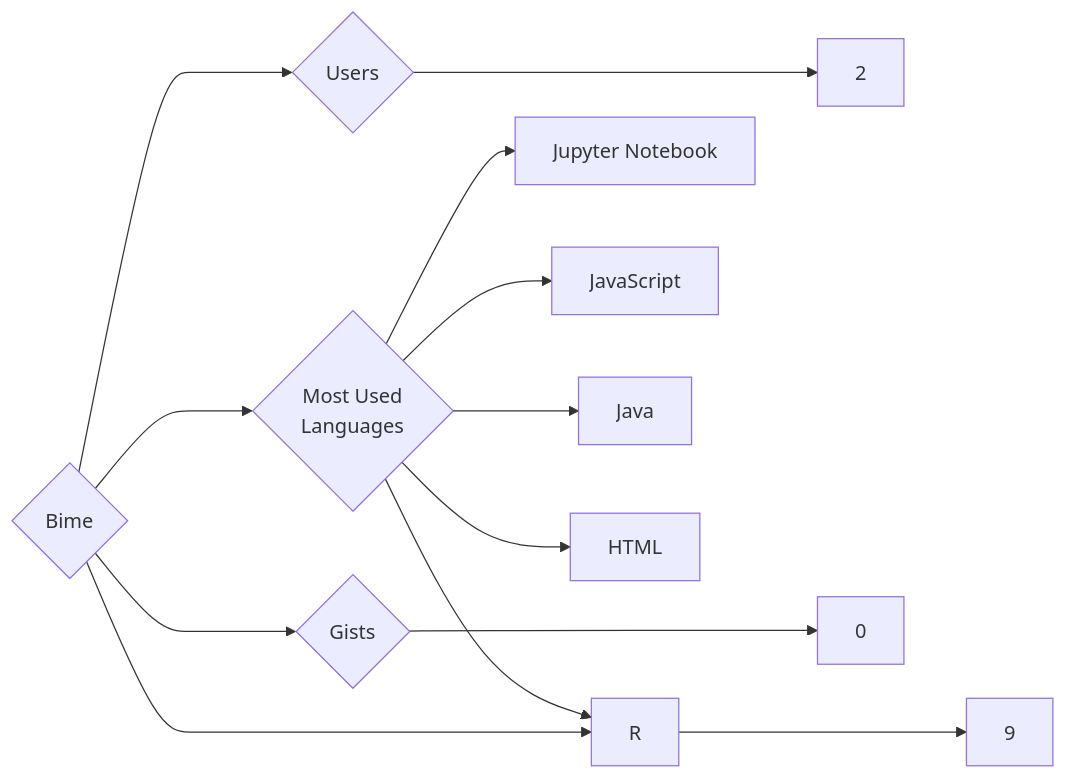
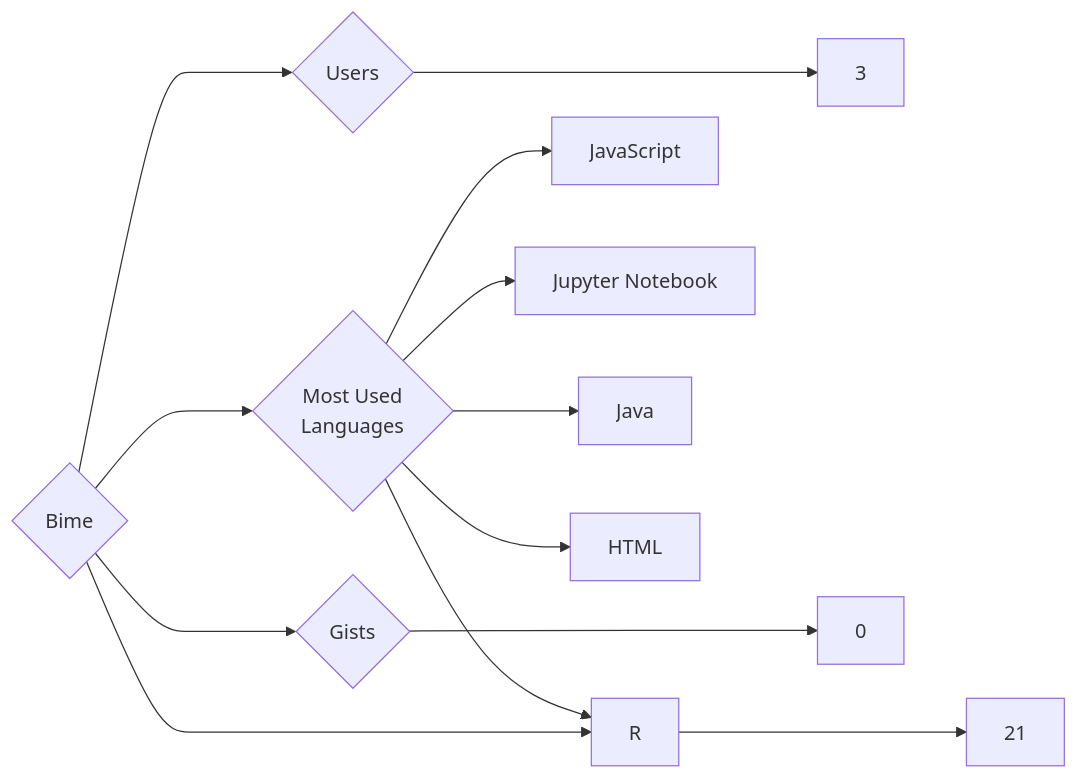
The diagram in targets/Bime/README.md (trickest/insiders), drawn with Mermaid before and after one commit. The commit also changed 736 other files, not shown here.

````diff
--- a/targets/Bime/README.md
+++ b/targets/Bime/README.md
@@ -3,13 +3,13 @@
 ```mermaid
 graph LR
 COMPANY_NAME{Bime}
-COMPANY_NAME ---> U{Users} ---> UN[2]
-COMPANY_NAME ---> R{Repositories} ---> RN[9]
+COMPANY_NAME ---> U{Users} ---> UN[3]
+COMPANY_NAME ---> R{Repositories} ---> RN[21]
 COMPANY_NAME ---> G{Gists} ---> GN[0]
 COMPANY_NAME ---> ML{Most Used<br>Languages}
+ML --> JavaScript[JavaScript]
 ML --> Jupyter_Notebook[Jupyter Notebook]
-ML --> JavaScript[JavaScript]
+ML --> Java[Java]
 ML --> R[R]
-ML --> Java[Java]
 ML --> HTML[HTML]
 ```
````
